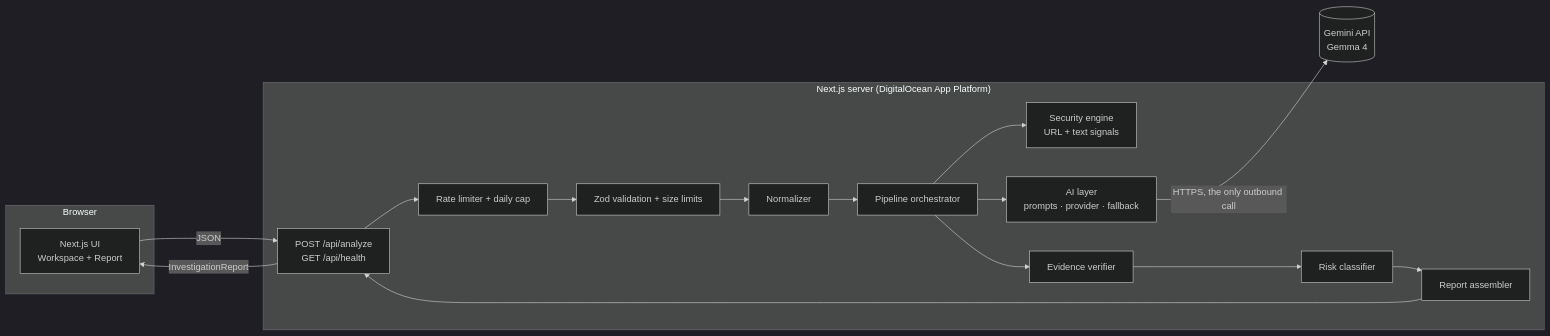
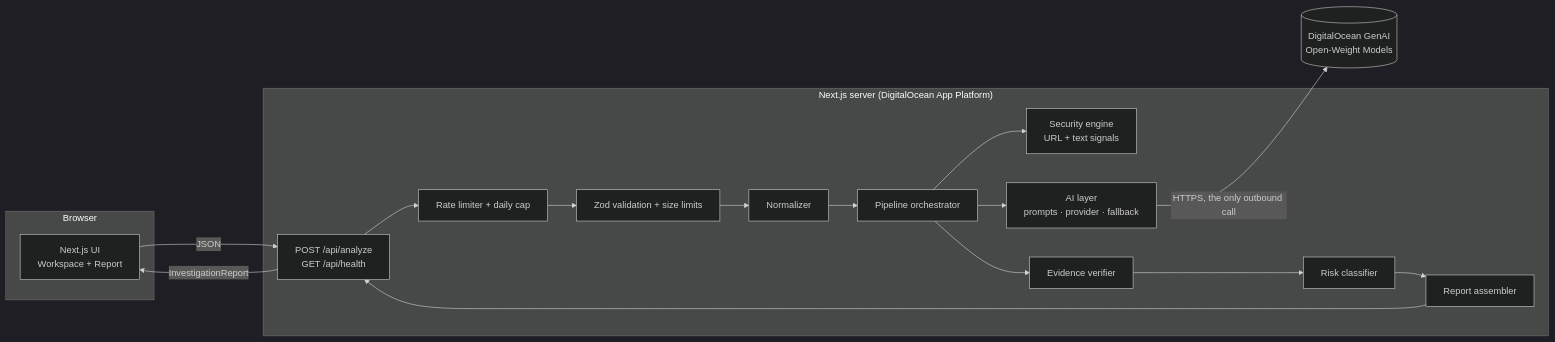
One commit to Aryan-en/Rein-Hacktoberfest-2026 changed the second of 2 diagrams in README.md. Above: the diagram before and after it, drawn with Mermaid (dark theme). The commit also changed other lines of this file and 1 other file, not shown here.

Commit message:
docs(context): align tracker and README with DigitalOcean GenAI track

````diff
--- a/README.md
+++ b/README.md
@@ -225,27 +225,27 @@
 ```mermaid
 flowchart LR
   subgraph Browser
     UI[Next.js UI<br/>Workspace + Report]
   end
   subgraph Server["Next.js server (DigitalOcean App Platform)"]
     API["POST /api/analyze<br/>GET /api/health"]
     RL[Rate limiter + daily cap]
     VAL[Zod validation + size limits]
     NORM[Normalizer]
     PIPE[Pipeline orchestrator]
     SEC[Security engine<br/>URL + text signals]
     AI[AI layer<br/>prompts · provider · fallback]
     VER[Evidence verifier]
     RISK[Risk classifier]
     REP[Report assembler]
   end
-  GEM[(Gemini API<br/>Gemma 4)]
+  DO_AI[(DigitalOcean GenAI<br/>Open-Weight Models)]
 
   UI -->|JSON| API
   API --> RL --> VAL --> NORM --> PIPE
   PIPE --> SEC
   PIPE --> AI
-  AI -->|HTTPS, the only outbound call| GEM
+  AI -->|HTTPS, the only outbound call| DO_AI
   PIPE --> VER --> RISK --> REP --> API
   API -->|InvestigationReport| UI
 ```
````
